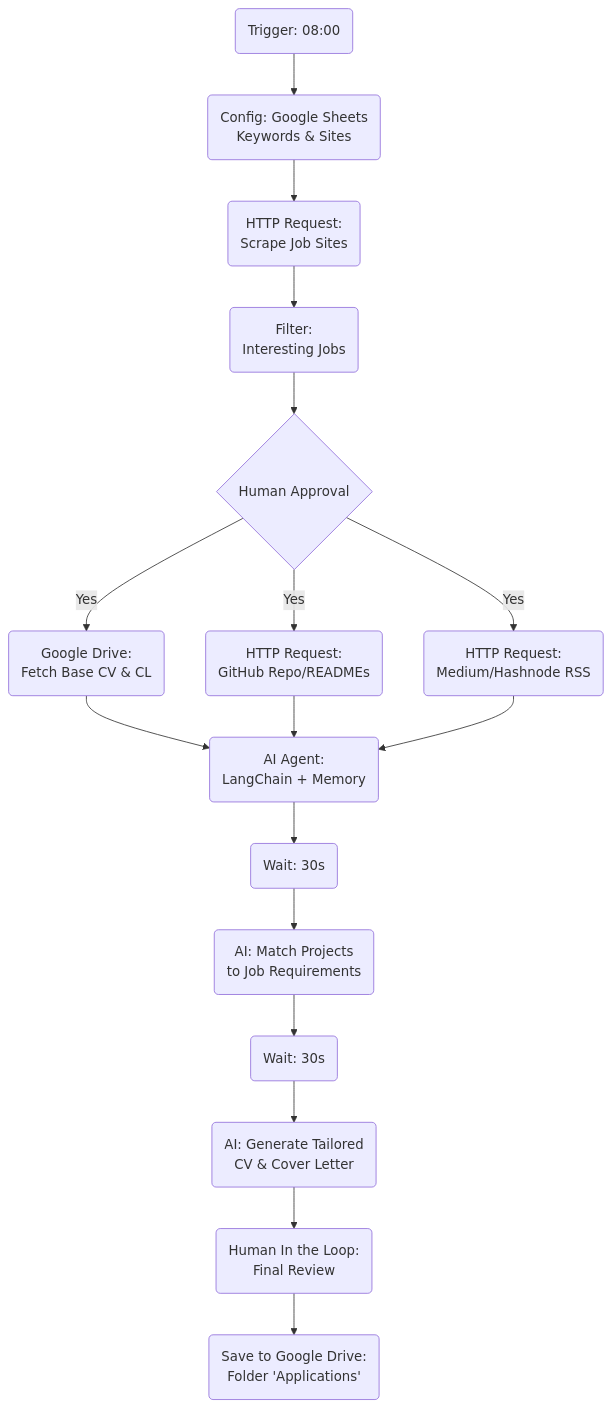
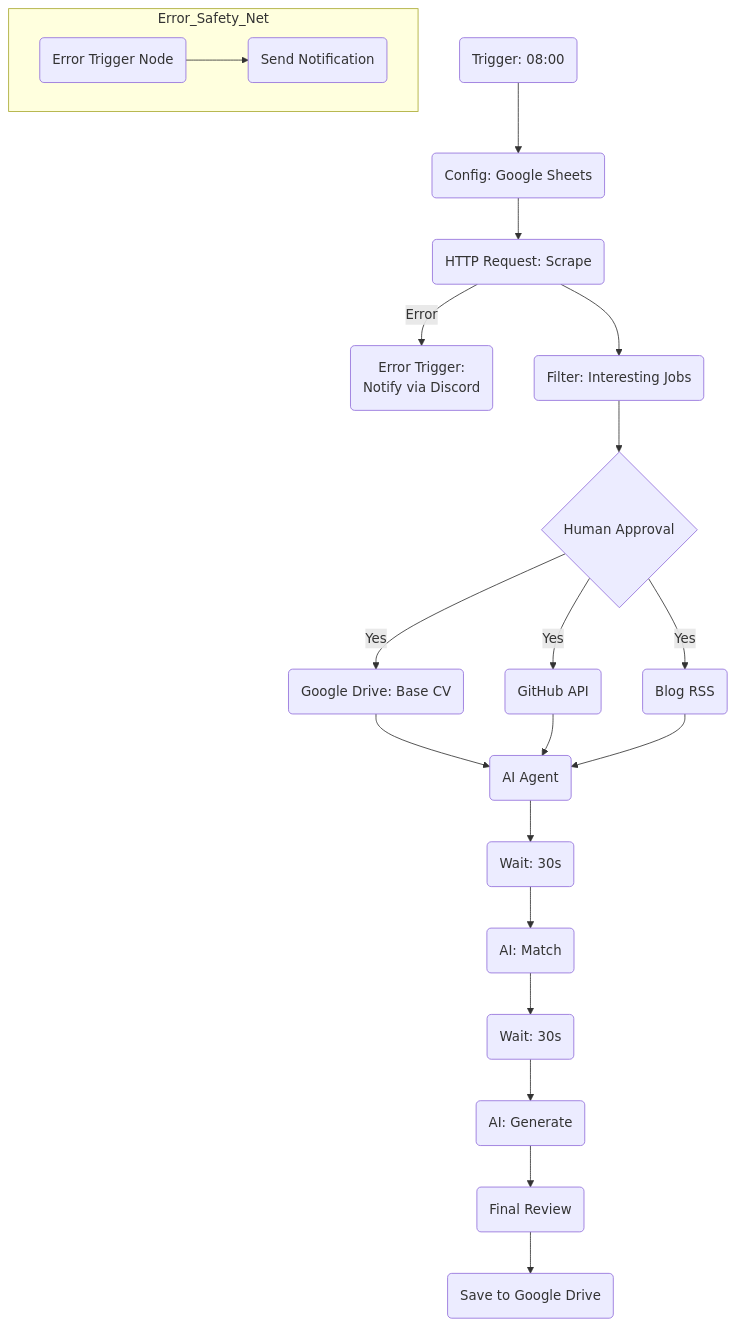
One commit to JonathanWindell/n8n-workflows changed the diagram in workflows/job-workflow/Idea-Workflow.md. Above: the diagram before and after it, drawn with Mermaid.

Commit message:
Added error safety net

````diff
--- a/workflows/job-workflow/Idea-Workflow.md
+++ b/workflows/job-workflow/Idea-Workflow.md
@@ -1,31 +1,33 @@
 ```mermaid
 flowchart TD
     %% Start och Discovery
-    Start(Trigger: 08:00) --> Config(Config: Google Sheets <br>Keywords & Sites)
-    Config --> Scrape(HTTP Request: <br>Scrape Job Sites)
-    Scrape --> Filter(Filter: <br>Interesting Jobs)
-
-    %% Human in the Loop (HITL)
+    Start(Trigger: 08:00) --> Config(Config: Google Sheets)
+    Config --> Scrape(HTTP Request: Scrape)
+    
+    %% Felhantering på Scrape
+    Scrape -- Error --> ErrorHandler(Error Trigger: <br>Notify via Discord)
+    
+    Scrape --> Filter(Filter: Interesting Jobs)
     Filter --> HITL{Human Approval}
     
-    %% Kontext-insamling (Körs parallellt efter Ja)
-    HITL -- Yes --> FetchCV(Google Drive: <br>Fetch Base CV & CL)
-    HITL -- Yes --> FetchGitHub(HTTP Request: <br>GitHub Repo/READMEs)
-    HITL -- Yes --> FetchBlog(HTTP Request: <br>Medium/Hashnode RSS)
-
-    %% AI Processen med Rate Limit skydd
-    FetchCV --> AI_Agent(AI Agent: <br>LangChain + Memory)
-    FetchGitHub --> AI_Agent
-    FetchBlog --> AI_Agent
+    %% Kontext med 'Continue on Fail'
+    HITL -- Yes --> FetchCV(Google Drive: Base CV)
+    HITL -- Yes --> FetchGitHub(GitHub API)
+    HITL -- Yes --> FetchBlog(Blog RSS)
     
-    AI_Agent --> Wait1(Wait: 30s)
+    %% AI Processen
+    FetchCV & FetchGitHub & FetchBlog --> AI_Agent(AI Agent)
     
-    Wait1 --> Logic(AI: Match Projects <br>to Job Requirements)
-    Logic --> Wait2(Wait: 30s)
+    AI_Agent --> Wait1(Wait: 30s) --> Logic(AI: Match)
+    Logic --> Wait2(Wait: 30s) --> Generate(AI: Generate)
     
-    Wait2 --> Generate(AI: Generate Tailored <br>CV & Cover Letter)
+    %% Slutförande
+    Generate --> Review(Final Review)
+    Review --> Save(Save to Google Drive)
     
-    Generate --> Review(Human In the Loop: <br>Final Review)
-    Review --> Save(Save to Google Drive: <br>Folder 'Applications')
+    %% Global felhanterare (n8n feature)
+    subgraph Error_Safety_Net
+    ErrorNode(Error Trigger Node) --> NotifyUser(Send Notification)
+    end
 
 ```
````
